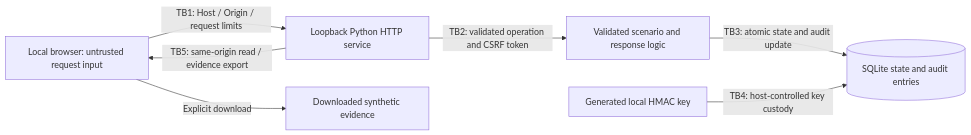
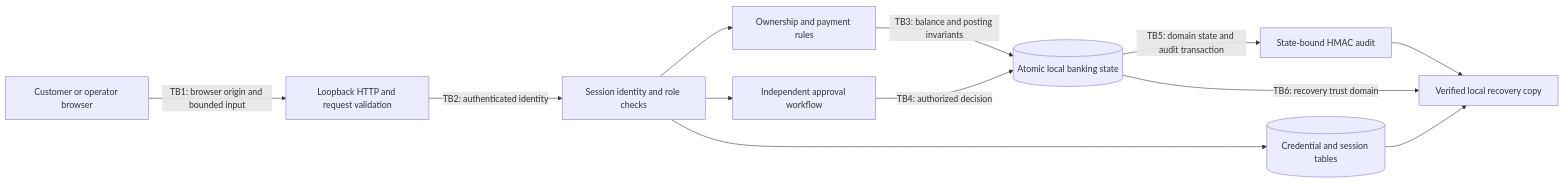
Before and after one commit to Vaibhav222209/Cybersecurity_1.4: the diagram in docs/threat-model.md, drawn with Mermaid. The commit also changed other lines of this file and 34 other files, not shown here.

````diff
--- a/docs/threat-model.md
+++ b/docs/threat-model.md
@@ -21,15 +32,23 @@
 ```mermaid
 flowchart LR
-    Browser[Local browser: untrusted request input]
-    API[Loopback Python HTTP service]
-    Engine[Validated scenario and response logic]
-    Store[(SQLite state and audit entries)]
-    Key[Generated local HMAC key]
-    Evidence[Downloaded synthetic evidence]
-    Browser -->|TB1: Host / Origin / request limits| API
-    API -->|TB2: validated operation and CSRF token| Engine
-    Engine -->|TB3: atomic state and audit update| Store
-    Key -->|TB4: host-controlled key custody| Store
-    API -->|TB5: same-origin read / evidence export| Browser
-    Browser -->|Explicit download| Evidence
+    Browser[Customer or operator browser]
+    HTTP[Loopback HTTP and request validation]
+    Identity[Session identity and role checks]
+    Banking[Ownership and payment rules]
+    Review[Independent approval workflow]
+    Store[(Atomic local banking state)]
+    Audit[State-bound HMAC audit]
+    Auth[(Credential and session tables)]
+    Backup[Verified local recovery copy]
+    Browser -->|TB1: browser origin and bounded input| HTTP
+    HTTP -->|TB2: authenticated identity| Identity
+    Identity --> Banking
+    Identity --> Review
+    Identity --> Auth
+    Banking -->|TB3: balance and posting invariants| Store
+    Review -->|TB4: authorized decision| Store
+    Store -->|TB5: domain state and audit transaction| Audit
+    Store -->|TB6: recovery trust domain| Backup
+    Auth --> Backup
+    Audit --> Backup
 ```
````
